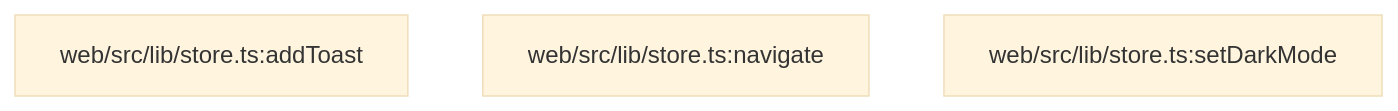
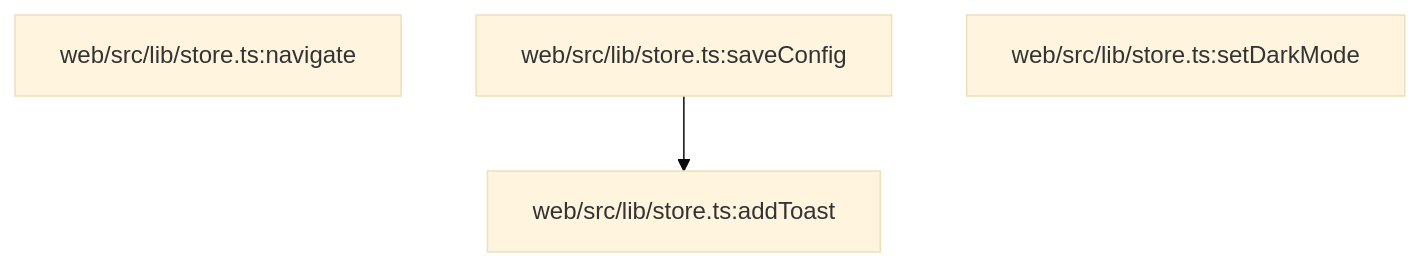
Before and after one commit to GeniusJunP/notion-notifier: the fifth of 25 diagrams in docs/function-graph-detailed.md, drawn with Mermaid (base theme). The commit also changed other lines of this file and 9 other files, not shown here.

````diff
--- a/docs/function-graph-detailed.md
+++ b/docs/function-graph-detailed.md
@@ -95,6 +87,8 @@
 ```mermaid
 flowchart TD
   n1["web/src/lib/store.ts:addToast"]
   n2["web/src/lib/store.ts:navigate"]
-  n3["web/src/lib/store.ts:setDarkMode"]
+  n3["web/src/lib/store.ts:saveConfig"]
+  n4["web/src/lib/store.ts:setDarkMode"]
+  n3 --> n1
 ```
````
